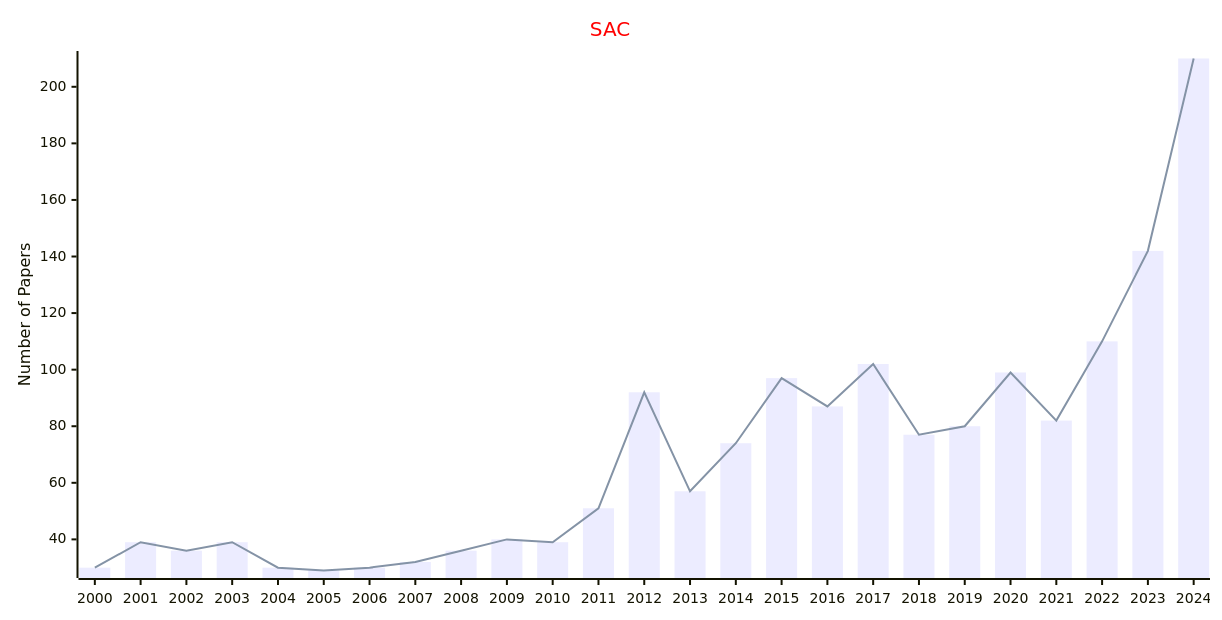
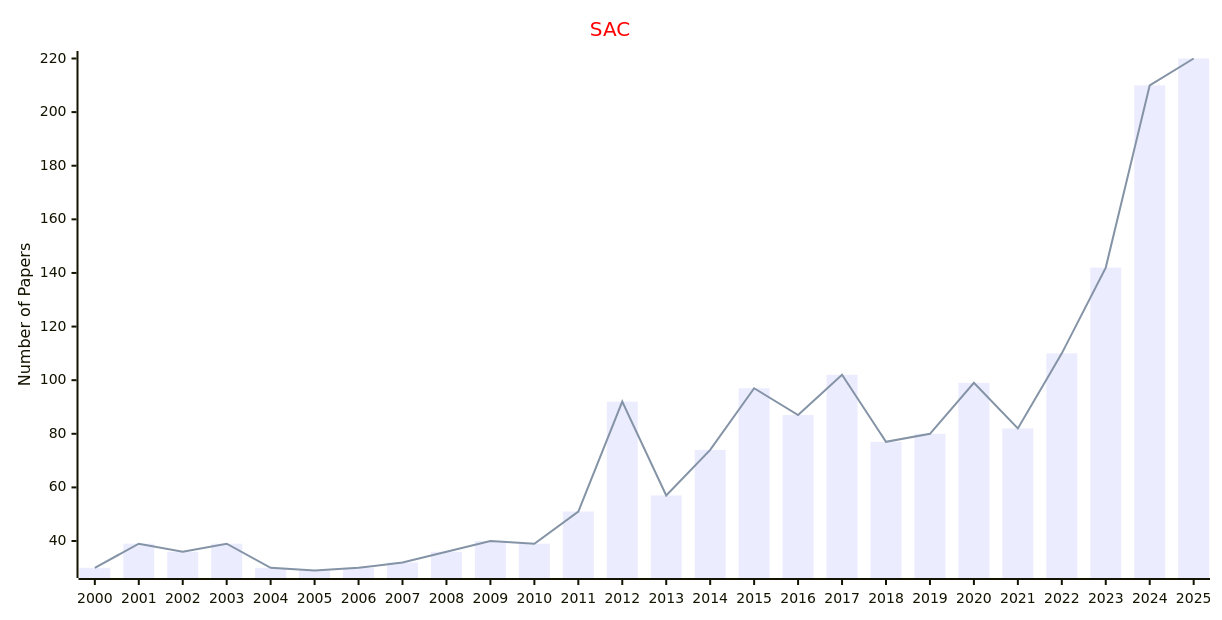
The diagram in docs/data/Journals/Statistics_Journals/Statistics_and_Computing.md (Easy-PhD/AILinks), drawn with Mermaid before and after one commit. The commit also changed 107 other files, not shown here.

````diff
--- a/docs/data/Journals/Statistics_Journals/Statistics_and_Computing.md
+++ b/docs/data/Journals/Statistics_Journals/Statistics_and_Computing.md
@@ -9,17 +9,17 @@
 ```mermaid
 ---
 config:
     xyChart:
         width: 1200
         height: 600
     themeVariables:
         xyChart:
             titleColor: "#ff0000"
 ---
 xychart-beta
     title "SAC"
-    x-axis [2000, 2001, 2002, 2003, 2004, 2005, 2006, 2007, 2008, 2009, 2010, 2011, 2012, 2013, 2014, 2015, 2016, 2017, 2018, 2019, 2020, 2021, 2022, 2023, 2024]
+    x-axis [2000, 2001, 2002, 2003, 2004, 2005, 2006, 2007, 2008, 2009, 2010, 2011, 2012, 2013, 2014, 2015, 2016, 2017, 2018, 2019, 2020, 2021, 2022, 2023, 2024, 2025]
     y-axis "Number of Papers"
-    bar [30, 39, 36, 39, 30, 29, 30, 32, 36, 40, 39, 51, 92, 57, 74, 97, 87, 102, 77, 80, 99, 82, 110, 142, 210]
-    line [30, 39, 36, 39, 30, 29, 30, 32, 36, 40, 39, 51, 92, 57, 74, 97, 87, 102, 77, 80, 99, 82, 110, 142, 210]
+    bar [30, 39, 36, 39, 30, 29, 30, 32, 36, 40, 39, 51, 92, 57, 74, 97, 87, 102, 77, 80, 99, 82, 110, 142, 210, 220]
+    line [30, 39, 36, 39, 30, 29, 30, 32, 36, 40, 39, 51, 92, 57, 74, 97, 87, 102, 77, 80, 99, 82, 110, 142, 210, 220]
 ```
````
